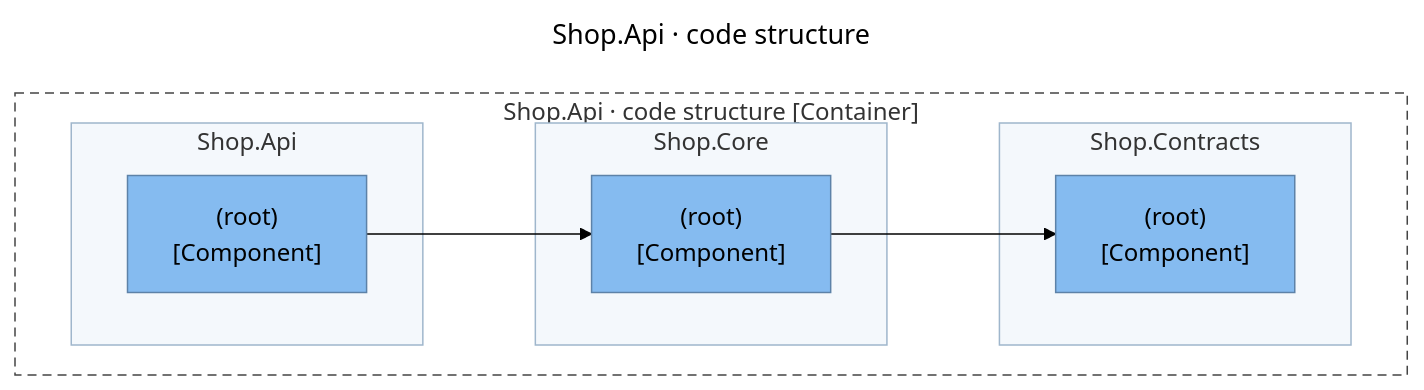
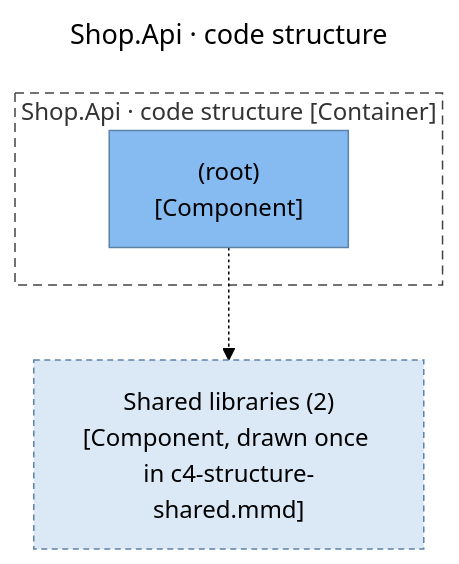
One commit to ythalorossy/architecture-skills changed the fifth of 10 diagrams in tests/golden/shared_libs/output/ArchitectureReport.md. Above: the diagram before and after it, drawn with Mermaid (forest theme). The commit also changed other lines of this file and 20 other files, not shown here.

First line of the commit message:
feat(diagrams): draw a shared library's packages once (B-36), pluralise counts (B-37)

````diff
--- a/tests/golden/shared_libs/output/ArchitectureReport.md
+++ b/tests/golden/shared_libs/output/ArchitectureReport.md
@@ -156,30 +155,20 @@
 ```mermaid
 ---
 title: "Shop.Api · code structure"
 ---
 flowchart TB
     subgraph boundary["Shop.Api · code structure [Container]"]
-        subgraph module_Shop_Api["Shop.Api"]
-            Shop_Api___root["(root)<br/>[Component]"]
-        end
-        subgraph module_Shop_Contracts["Shop.Contracts"]
-            Shop_Contracts___root["(root)<br/>[Component]"]
-        end
-        subgraph module_Shop_Core["Shop.Core"]
-            Shop_Core___root["(root)<br/>[Component]"]
-        end
+        Shop_Api___root["(root)<br/>[Component]"]
     end
-    Shop_Api___root --> Shop_Core___root
-    Shop_Core___root --> Shop_Contracts___root
+    shared_libraries["Shared libraries (2)<br/>[Component, drawn once in c4-structure-shared.mmd]"]
+    Shop_Api___root -.-> shared_libraries
     classDef person fill:#08427b,stroke:#052e56,color:#ffffff
     classDef container fill:#1168bd,stroke:#0b4884,color:#ffffff
     classDef system fill:#1168bd,stroke:#0b4884,color:#ffffff
     classDef component fill:#85bbf0,stroke:#5d82a8,color:#000000
     classDef external fill:#999999,stroke:#6b6b6b,color:#ffffff
     classDef shared fill:#dbe9f6,stroke:#5d82a8,color:#000000,stroke-dasharray:4 3
-    class Shop_Api___root,Shop_Contracts___root,Shop_Core___root component
+    class Shop_Api___root component
+    class shared_libraries shared
     style boundary fill:none,stroke:#444444,stroke-dasharray:6 4
-    style module_Shop_Api fill:#f4f8fc,stroke:#9fb6cc
-    style module_Shop_Contracts fill:#f4f8fc,stroke:#9fb6cc
-    style module_Shop_Core fill:#f4f8fc,stroke:#9fb6cc
 ```
````
